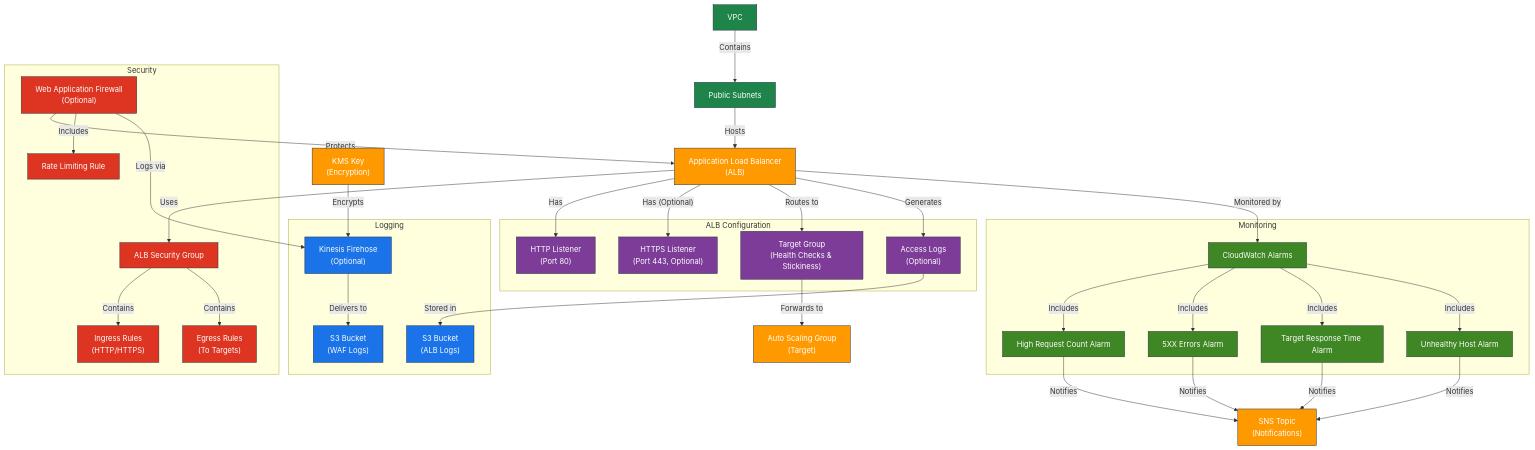
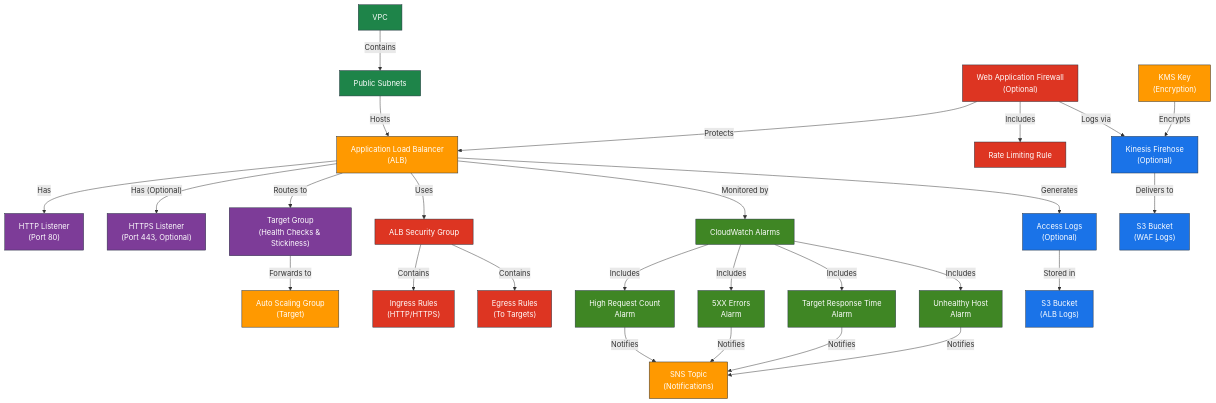
Before and after one commit to hetmanskyi-cloud/AWS: the diagram in terraform/modules/alb/README.md, drawn with Mermaid.

````diff
--- a/terraform/modules/alb/README.md
+++ b/terraform/modules/alb/README.md
@@ -18,35 +18,30 @@
     KMS["KMS Key<br>(Encryption)"]
     SNS["SNS Topic<br>(Notifications)"]
     
-    %% ALB Components
-    subgraph "ALB Configuration"
-        HTTP["HTTP Listener<br>(Port 80)"]
-        HTTPS["HTTPS Listener<br>(Port 443, Optional)"]
-        TargetGroup["Target Group<br>(Health Checks & Stickiness)"]
-        AccessLogs["Access Logs<br>(Optional)"]
-    end
+    %% Listeners and Target Group
+    HTTP["HTTP Listener<br>(Port 80)"]
+    HTTPS["HTTPS Listener<br>(Port 443, Optional)"]
+    TargetGroup["Target Group<br>(Health Checks & Stickiness)"]
     
-    subgraph "Security"
-        ALB_SG["ALB Security Group"]
-        IngressRules["Ingress Rules<br>(HTTP/HTTPS)"]
-        EgressRules["Egress Rules<br>(To Targets)"]
-        WAF["Web Application Firewall<br>(Optional)"]
-        RateLimiting["Rate Limiting Rule"]
-    end
+    %% Security Components
+    ALB_SG["ALB Security Group"]
+    IngressRules["Ingress Rules<br>(HTTP/HTTPS)"]
+    EgressRules["Egress Rules<br>(To Targets)"]
+    WAF["Web Application Firewall<br>(Optional)"]
+    RateLimiting["Rate Limiting Rule"]
     
-    subgraph "Monitoring"
-        CWAlarms["CloudWatch Alarms"]
-        HighRequestAlarm["High Request Count Alarm"]
-        ErrorAlarm["5XX Errors Alarm"]
-        ResponseTimeAlarm["Target Response Time Alarm"]
-        UnhealthyHostAlarm["Unhealthy Host Alarm"]
-    end
+    %% Monitoring Components
+    CWAlarms["CloudWatch Alarms"]
+    HighRequestAlarm["High Request Count<br>Alarm"]
+    ErrorAlarm["5XX Errors<br>Alarm"]
+    ResponseTimeAlarm["Target Response Time<br>Alarm"]
+    UnhealthyHostAlarm["Unhealthy Host<br>Alarm"]
     
-    subgraph "Logging"
-        S3_ALB["S3 Bucket<br>(ALB Logs)"]
-        Firehose["Kinesis Firehose<br>(Optional)"]
-        S3_WAF["S3 Bucket<br>(WAF Logs)"]
-    end
+    %% Logging Components
+    AccessLogs["Access Logs<br>(Optional)"]
+    S3_ALB["S3 Bucket<br>(ALB Logs)"]
+    Firehose["Kinesis Firehose<br>(Optional)"]
+    S3_WAF["S3 Bucket<br>(WAF Logs)"]
     
     %% Network Structure
     VPC -->|"Contains"| PublicSubnets
@@ -95,7 +90,7 @@
     class ALB,ASG,KMS,SNS aws;
     class ALB_SG,IngressRules,EgressRules,WAF,RateLimiting security;
     class CWAlarms,HighRequestAlarm,ErrorAlarm,ResponseTimeAlarm,UnhealthyHostAlarm monitoring;
-    class S3_ALB,Firehose,S3_WAF logging;
-    class HTTP,HTTPS,TargetGroup,AccessLogs config;
+    class S3_ALB,Firehose,S3_WAF,AccessLogs logging;
+    class HTTP,HTTPS,TargetGroup config;
     class VPC,PublicSubnets network;
 ```
````
